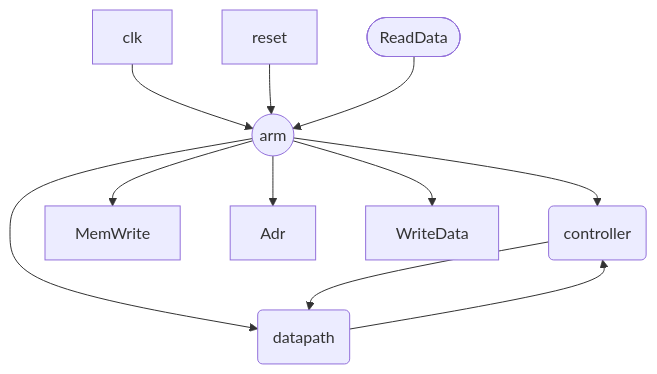
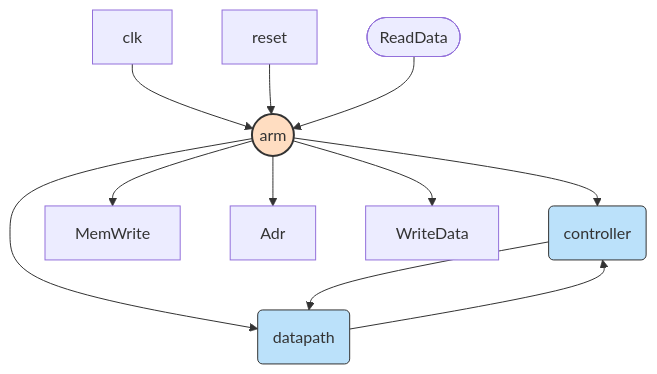
Before and after one commit to granitespinoza/arqui: the diagram in docs/module_diagrams/arm.md, drawn with Mermaid. The commit also changed 18 other files, not shown here.

Commit message:
Improve module diagrams with colors

````diff
--- a/docs/module_diagrams/arm.md
+++ b/docs/module_diagrams/arm.md
@@ -3,13 +3,17 @@
 ```mermaid
 flowchart TD
+    classDef main fill:#FFDDC1,stroke:#333,stroke-width:2px
+    classDef sub fill:#BBE1FA,stroke:#333
     clk --> arm_module((arm))
     reset --> arm_module
     ReadData([ReadData]) --> arm_module
     arm_module --> controller_sub(controller)
     arm_module --> datapath_sub(datapath)
     controller_sub --> datapath_sub
     datapath_sub --> controller_sub
     arm_module --> MemWrite
     arm_module --> Adr
     arm_module --> WriteData
+    class arm_module main
+    class controller_sub,datapath_sub sub
 ```
````
